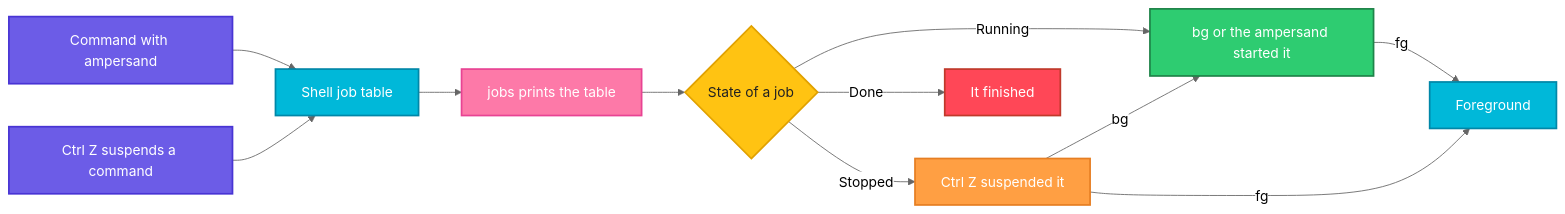
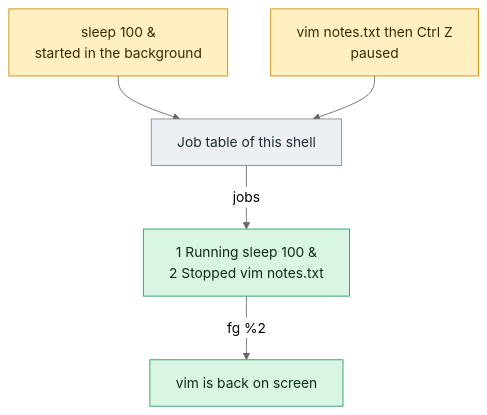
Before and after one commit to codeKerdosTech/DevOps-Documentation: the diagram in linux/process-management/jobs.md, drawn with Mermaid (neutral theme). The commit also changed other lines of this file and 165 other files, not shown here.

Commit message:
updated diagrams in linux

````diff
--- a/linux/process-management/jobs.md
+++ b/linux/process-management/jobs.md
@@ -25,28 +25,15 @@
 ```mermaid
-flowchart LR
-    A[Command with ampersand] --> C[Shell job table]
-    B[Ctrl Z suspends a command] --> C
-    C --> D[jobs prints the table]
-    D --> E{State of a job}
-    E -->|Running| F[bg or the ampersand started it]
-    E -->|Stopped| G[Ctrl Z suspended it]
-    E -->|Done| H[It finished]
-    G -->|bg| F
-    F -->|fg| I[Foreground]
-    G -->|fg| I
-    classDef start fill:#6C5CE7,stroke:#4834D4,stroke-width:2px,color:#fff
-    classDef proc fill:#00B8D9,stroke:#0087A8,stroke-width:2px,color:#fff
-    classDef dec fill:#FFC312,stroke:#E1A100,stroke-width:2px,color:#222
-    classDef ok fill:#2ECC71,stroke:#1E8449,stroke-width:2px,color:#fff
-    classDef err fill:#FF4757,stroke:#C0392B,stroke-width:2px,color:#fff
-    classDef out fill:#FD79A8,stroke:#E84393,stroke-width:2px,color:#fff
-    classDef alt fill:#FF9F43,stroke:#E67E22,stroke-width:2px,color:#fff
-    class A,B start
-    class C proc
-    class D out
-    class E dec
-    class F ok
-    class G alt
-    class H err
-    class I proc
+flowchart TD
+    c1[sleep 100 &<br/>started in the background] --> n1[Job table of this shell]
+    c2[vim notes.txt then Ctrl Z<br/>paused] --> n1
+    n1 -->|jobs| o1[1 Running  sleep 100 &<br/>2 Stopped  vim notes.txt]
+    o1 -->|fg %2| o2[vim is back on screen]
+    classDef inp fill:#DCEBFF,stroke:#2F6FDE,color:#10213F
+    classDef cmd fill:#FFF0C2,stroke:#C98A00,color:#3A2A00
+    classDef out fill:#D9F5E3,stroke:#1F9D55,color:#0B2E1A
+    classDef bad fill:#FDE0E0,stroke:#D13B3B,color:#4A0F0F
+    classDef note fill:#ECEFF3,stroke:#7B8794,color:#1F2933
+    class c1,c2 cmd
+    class n1 note
+    class o1,o2 out
 ```
````
